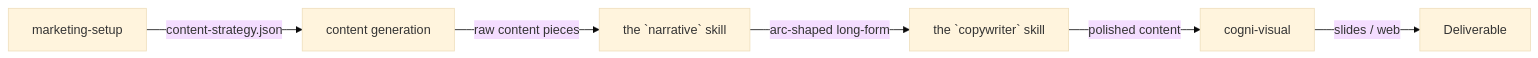
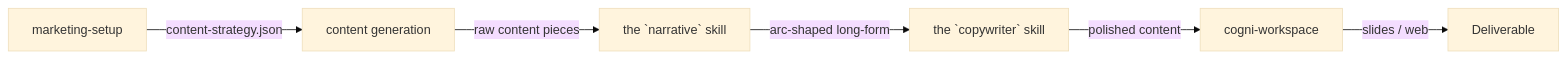
The diagram in docs/workflows/content-pipeline.md (cogni-work/cogni-works), drawn with Mermaid (base theme) before and after one commit. The commit also changed other lines of this file and 6 other files, not shown here.

````diff
--- a/docs/workflows/content-pipeline.md
+++ b/docs/workflows/content-pipeline.md
@@ -7,8 +7,8 @@
 ```mermaid
 graph LR
     A[marketing-setup] -->|content-strategy.json| B[content generation]
     B -->|raw content pieces| N[the `narrative` skill]
     N -->|arc-shaped long-form| C[the `copywriter` skill]
-    C -->|polished content| D[cogni-visual]
+    C -->|polished content| D[cogni-workspace]
     D -->|slides / web| E[Deliverable]
 ```
````
